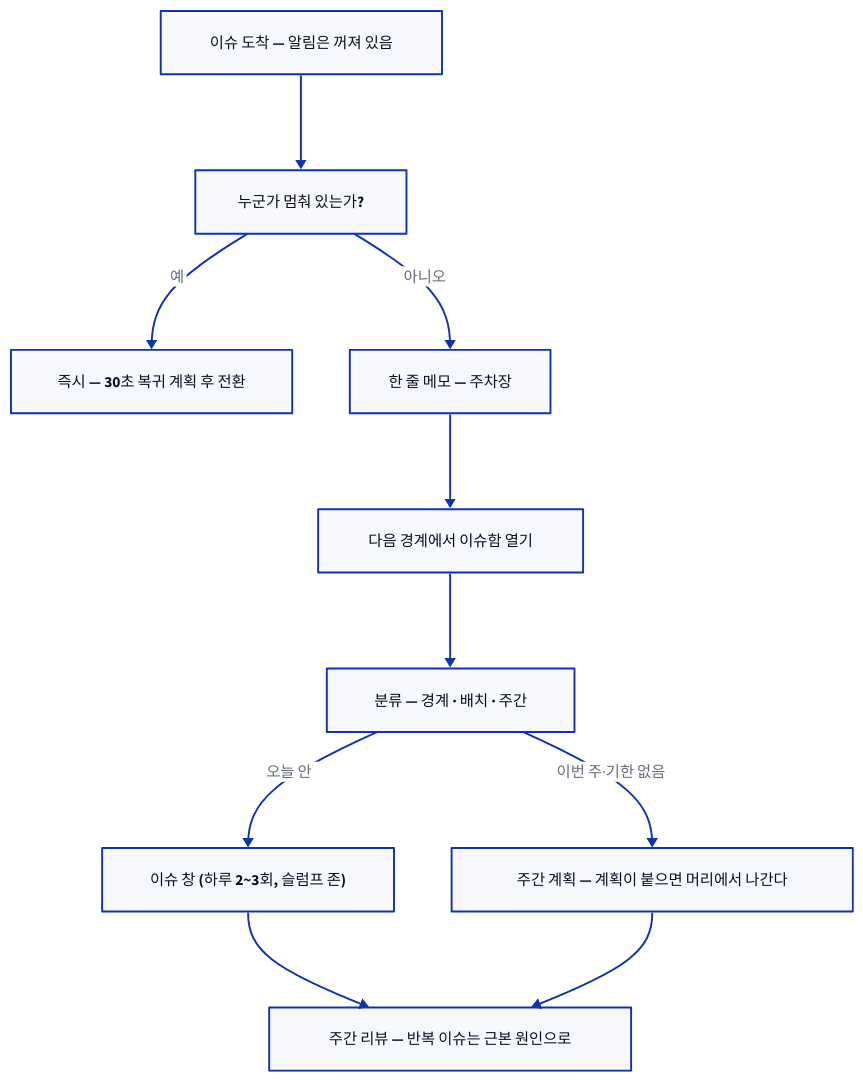
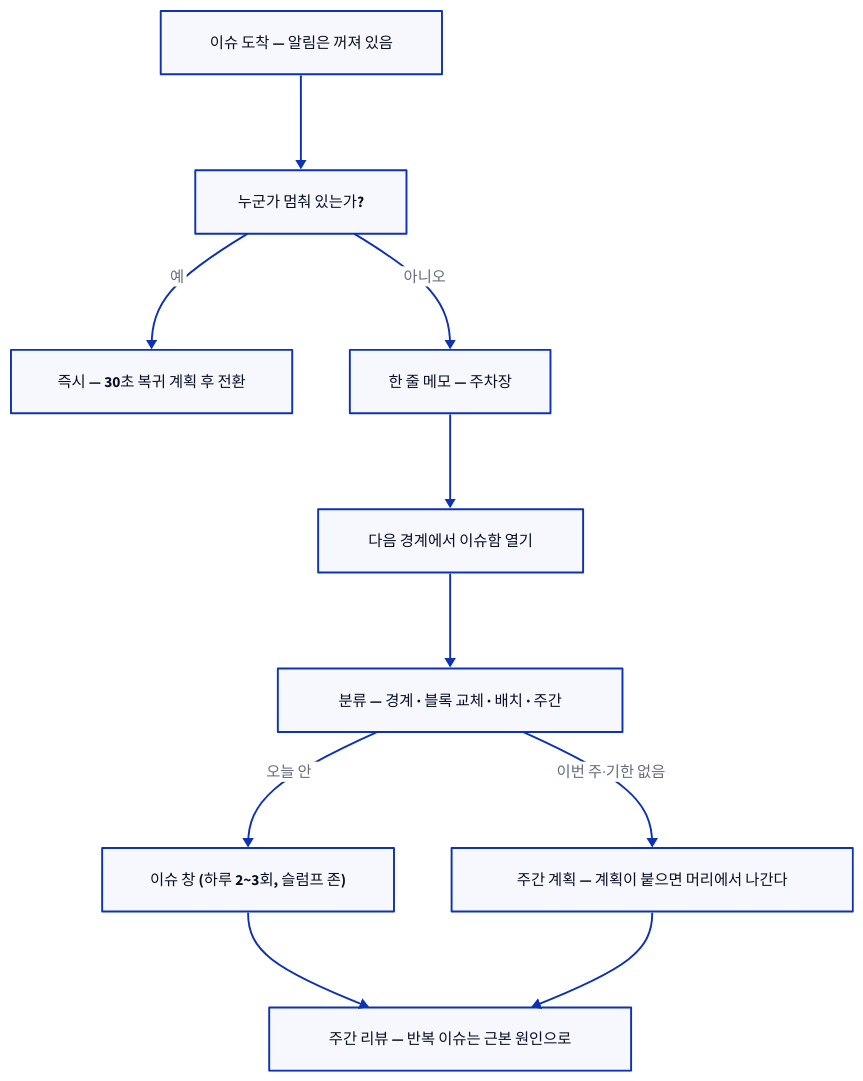
Before and after one commit to IndiaInk10/nobodxyz-brain: the third of 3 diagrams in content/time-management/incoming-issues.md, drawn with D2. The commit also changed other lines of this file and 1 other file, not shown here.

First line of the commit message:
Add high-priority triage to incoming-issues; add three-block day to multi-project

````diff
--- a/content/time-management/incoming-issues.md
+++ b/content/time-management/incoming-issues.md
@@ -143,20 +171,20 @@
 ```d2
 direction: down
 arrive: "이슈 도착 — 알림은 꺼져 있음"
 block: "누군가 멈춰 있는가?"
 now: "즉시 — 30초 복귀 계획 후 전환" { class: bad }
 park: "한 줄 메모 — 주차장" { class: good }
 edge: "다음 경계에서 이슈함 열기" { class: good }
-triage: "분류 — 경계 · 배치 · 주간"
+triage: "분류 — 경계 · 블록 교체 · 배치 · 주간"
 win: "이슈 창 (하루 2~3회, 슬럼프 존)"
 week: "주간 계획 — 계획이 붙으면 머리에서 나간다"
 review: "주간 리뷰 — 반복 이슈는 근본 원인으로" { class: accent }
 arrive -> block
 block -> now: "예"
 block -> park: "아니오"
 park -> edge -> triage
 triage -> win: "오늘 안"
 triage -> week: "이번 주·기한 없음"
 win -> review
 week -> review
 ```
````
